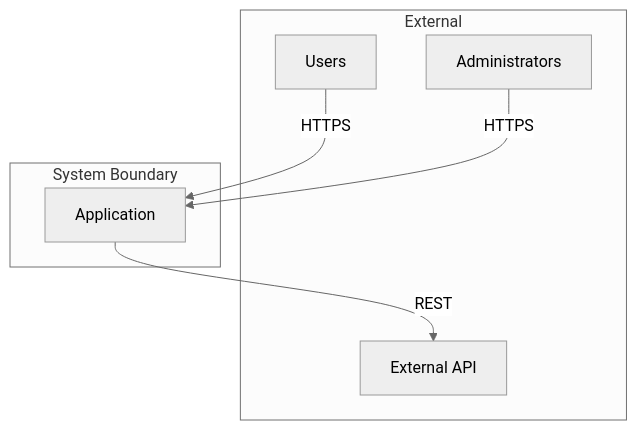
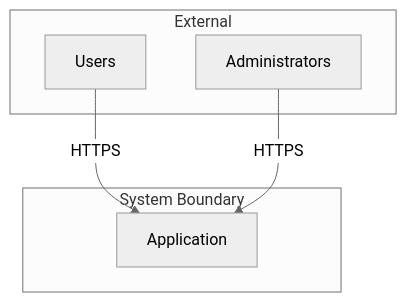
Before and after one commit to lagz0ne/c3-skill: the first of 2 diagrams in skills/c3-context-design/SKILL.md, drawn with Mermaid (neutral theme). The commit also changed other lines of this file and 9 other files, not shown here.

````diff
--- a/skills/c3-context-design/SKILL.md
+++ b/skills/c3-context-design/SKILL.md
@@ -118,16 +71,14 @@
 ```mermaid
 graph TB
     subgraph "External"
         Users[Users]
         Admin[Administrators]
-        ExtAPI[External API]
     end
 
     subgraph "System Boundary"
         App[Application]
     end
 
     Users -->|HTTPS| App
     Admin -->|HTTPS| App
-    App -->|REST| ExtAPI
 ```
````
